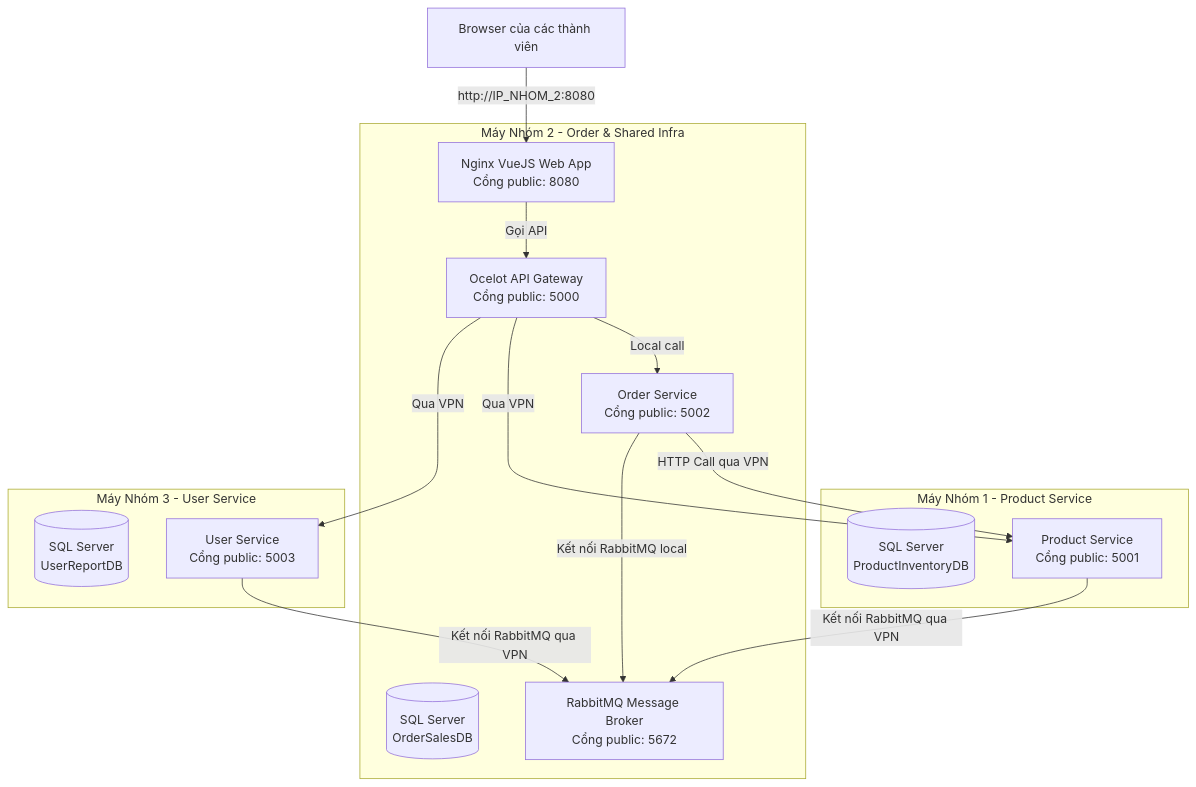
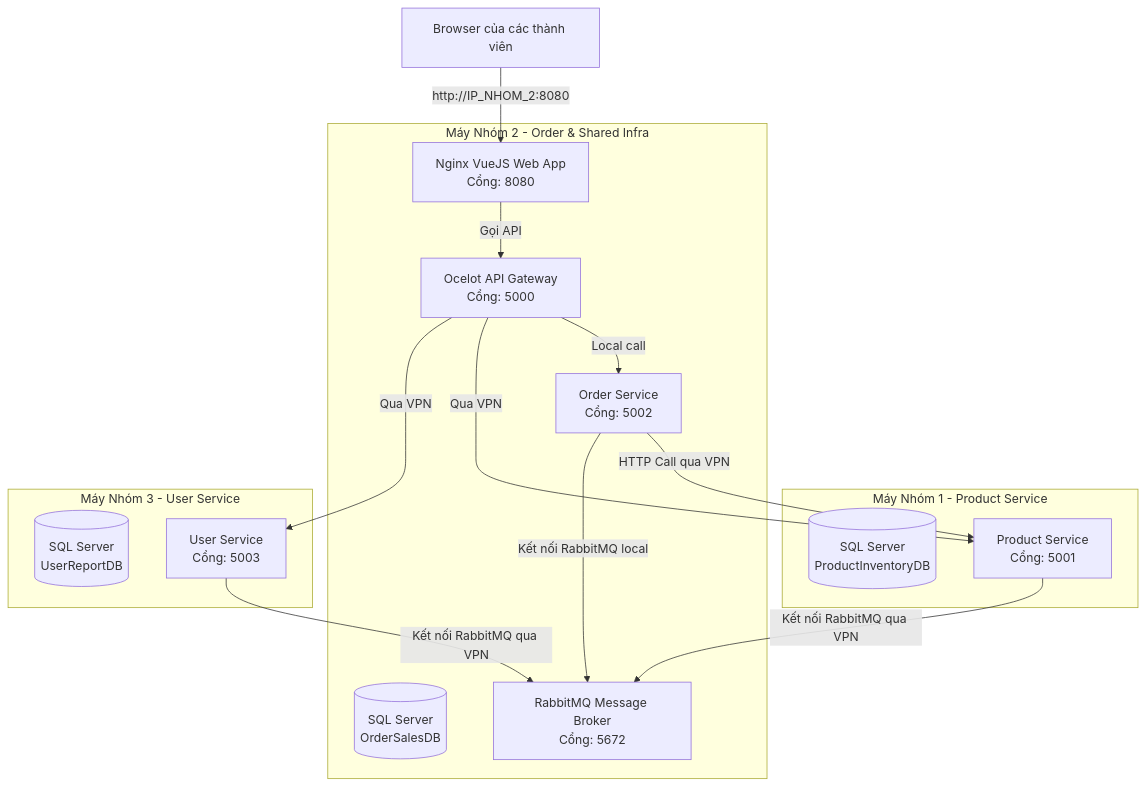
The diagram in docs/11-multi-group-deployment-guide.md (NguyenXuanGiang30/order-management-microservices), drawn with Mermaid before and after one commit. The commit also changed other lines of this file and 6 other files, not shown here.

````diff
--- a/docs/11-multi-group-deployment-guide.md
+++ b/docs/11-multi-group-deployment-guide.md
@@ -11,36 +13,36 @@
 ```mermaid
 graph TD
     subgraph Machine_Nhom1 [Máy Nhóm 1 - Product Service]
         DB1[(SQL Server<br/>ProductInventoryDB)]
-        ProductService[Product Service<br/>Cổng public: 5001]
+        ProductService[Product Service<br/>Cổng: 5001]
     end
 
     subgraph Machine_Nhom2 [Máy Nhóm 2 - Order & Shared Infra]
         DB2[(SQL Server<br/>OrderSalesDB)]
-        OrderService[Order Service<br/>Cổng public: 5002]
-        Gateway[Ocelot API Gateway<br/>Cổng public: 5000]
-        RabbitMQ[RabbitMQ Message Broker<br/>Cổng public: 5672]
-        Frontend[Nginx VueJS Web App<br/>Cổng public: 8080]
+        OrderService[Order Service<br/>Cổng: 5002]
+        Gateway[Ocelot API Gateway<br/>Cổng: 5000]
+        RabbitMQ[RabbitMQ Message Broker<br/>Cổng: 5672]
+        Frontend[Nginx VueJS Web App<br/>Cổng: 8080]
     end
 
     subgraph Machine_Nhom3 [Máy Nhóm 3 - User Service]
         DB3[(SQL Server<br/>UserReportDB)]
-        UserService[User Service<br/>Cổng public: 5003]
+        UserService[User Service<br/>Cổng: 5003]
     end
 
     %% Truy cập Web
     Client[Browser của các thành viên] -->|http://IP_NHOM_2:8080| Frontend
     
     %% API call qua Radmin VPN
     Frontend -->|Gọi API| Gateway
     Gateway -->|Local call| OrderService
     Gateway -->|Qua VPN| ProductService
     Gateway -->|Qua VPN| UserService
 
     OrderService -->|HTTP Call qua VPN| ProductService
     
     %% Đồng bộ Event-Driven qua RabbitMQ chung của Nhóm 2
     ProductService -->|Kết nối RabbitMQ qua VPN| RabbitMQ
     UserService -->|Kết nối RabbitMQ qua VPN| RabbitMQ
     OrderService -->|Kết nối RabbitMQ local| RabbitMQ
 ```
````
